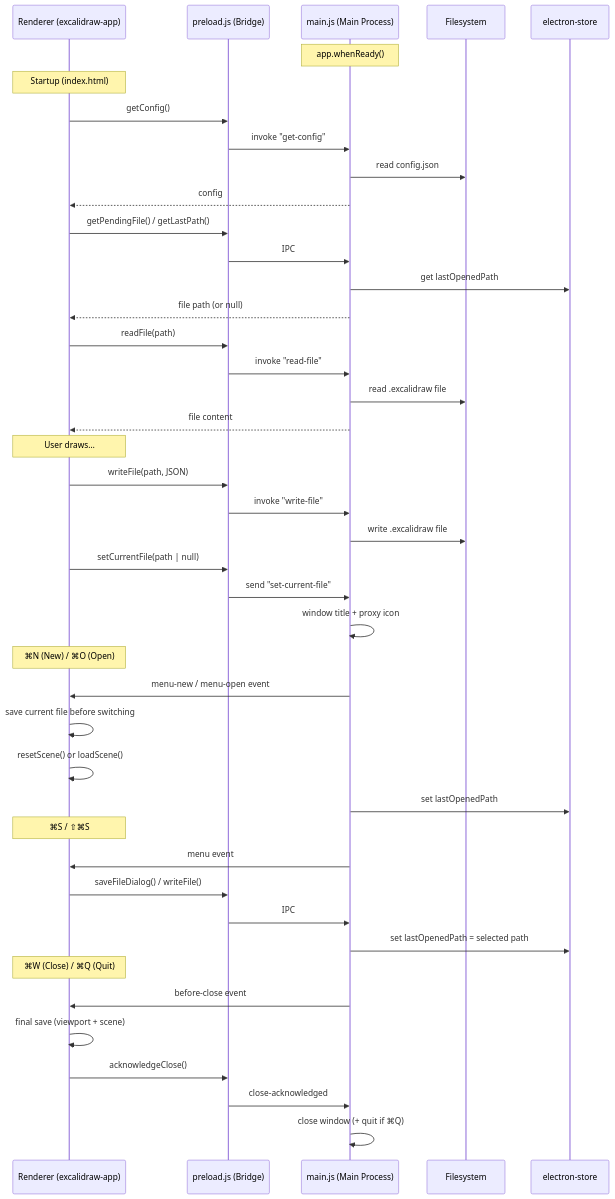
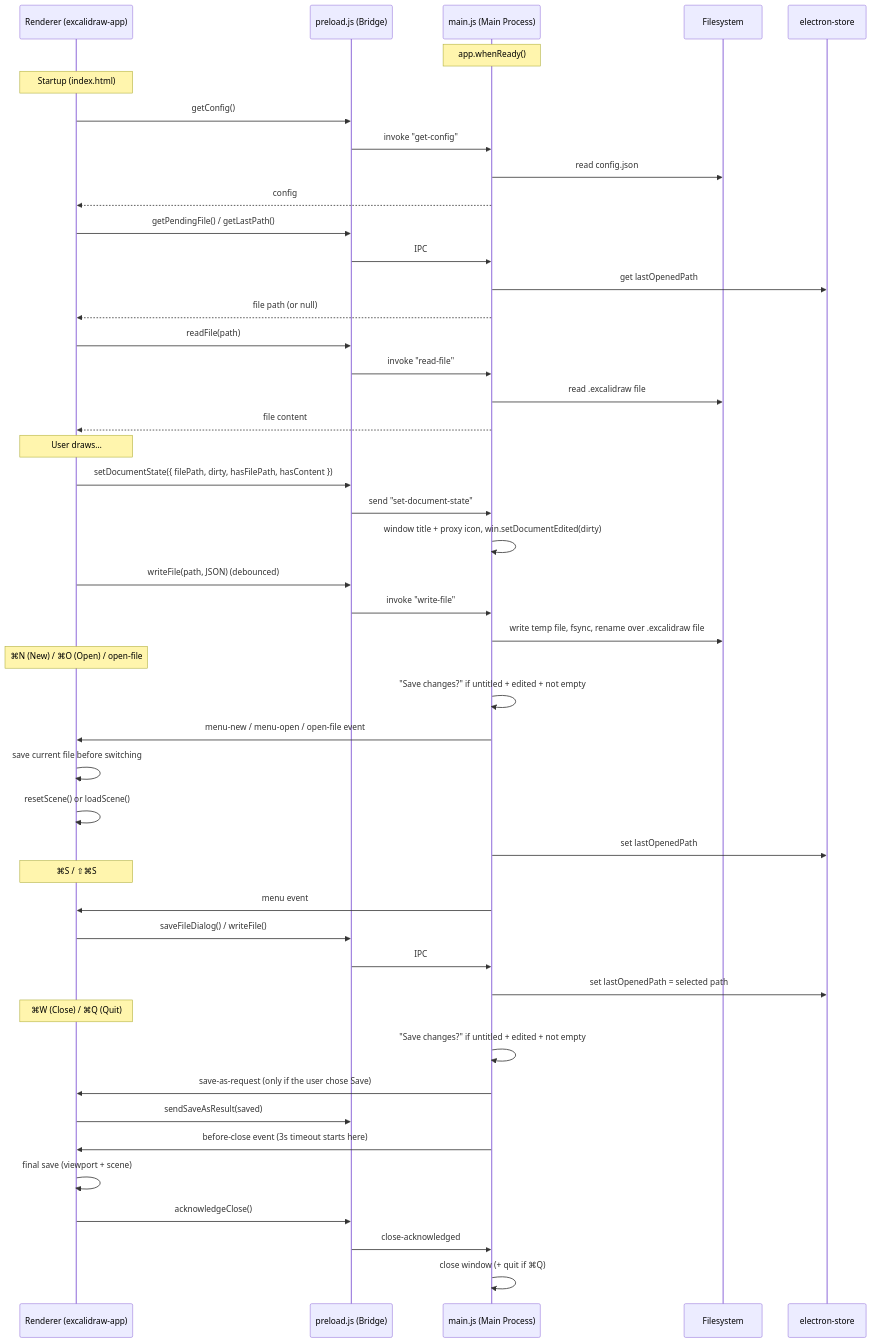
One commit to gerkoh/excalidraw-mac changed the diagram in README.md. Above: the diagram before and after it, drawn with Mermaid. The commit also changed other lines of this file and 31 other files, not shown here.

````diff
--- a/README.md
+++ b/README.md
@@ -40,55 +40,58 @@
 ```mermaid
 sequenceDiagram
     participant App as Renderer (excalidraw-app)
     participant Preload as preload.js (Bridge)
     participant Main as main.js (Main Process)
     participant FS as Filesystem
     participant Store as electron-store
 
     Note over Main: app.whenReady()
 
     Note over App: Startup (index.html)
     App->>Preload: getConfig()
     Preload->>Main: invoke "get-config"
     Main->>FS: read config.json
     Main-->>App: config
 
     App->>Preload: getPendingFile() / getLastPath()
     Preload->>Main: IPC
     Main->>Store: get lastOpenedPath
     Main-->>App: file path (or null)
 
     App->>Preload: readFile(path)
     Preload->>Main: invoke "read-file"
     Main->>FS: read .excalidraw file
     Main-->>App: file content
 
     Note over App: User draws…
-    App->>Preload: writeFile(path, JSON)
+    App->>Preload: setDocumentState({ filePath, dirty, hasFilePath, hasContent })
+    Preload->>Main: send "set-document-state"
+    Main->>Main: window title + proxy icon, win.setDocumentEdited(dirty)
+    App->>Preload: writeFile(path, JSON) (debounced)
     Preload->>Main: invoke "write-file"
-    Main->>FS: write .excalidraw file
+    Main->>FS: write temp file, fsync, rename over .excalidraw file
 
-    App->>Preload: setCurrentFile(path | null)
-    Preload->>Main: send "set-current-file"
-    Main->>Main: window title + proxy icon
-
-    Note over App: ⌘N (New) / ⌘O (Open)
-    Main->>App: menu-new / menu-open event
+    Note over App: ⌘N (New) / ⌘O (Open) / open-file
+    Main->>Main: "Save changes?" if untitled + edited + not empty
+    Main->>App: menu-new / menu-open / open-file event
     App->>App: save current file before switching
     App->>App: resetScene() or loadScene()
     Main->>Store: set lastOpenedPath
 
     Note over App: ⌘S / ⇧⌘S
     Main->>App: menu event
     App->>Preload: saveFileDialog() / writeFile()
     Preload->>Main: IPC
     Main->>Store: set lastOpenedPath = selected path
 
     Note over App: ⌘W (Close) / ⌘Q (Quit)
-    Main->>App: before-close event
+    Main->>Main: "Save changes?" if untitled + edited + not empty
+    Main->>App: save-as-request (only if the user chose Save)
+    App->>Preload: sendSaveAsResult(saved)
+    Main->>App: before-close event (3s timeout starts here)
     App->>App: final save (viewport + scene)
     App->>Preload: acknowledgeClose()
     Preload->>Main: close-acknowledged
     Main->>Main: close window (+ quit if ⌘Q)
 
 ```
````
